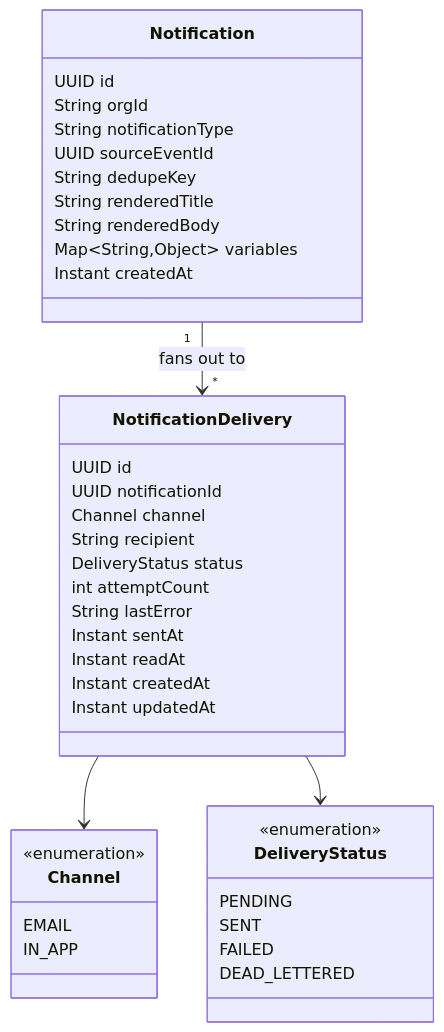
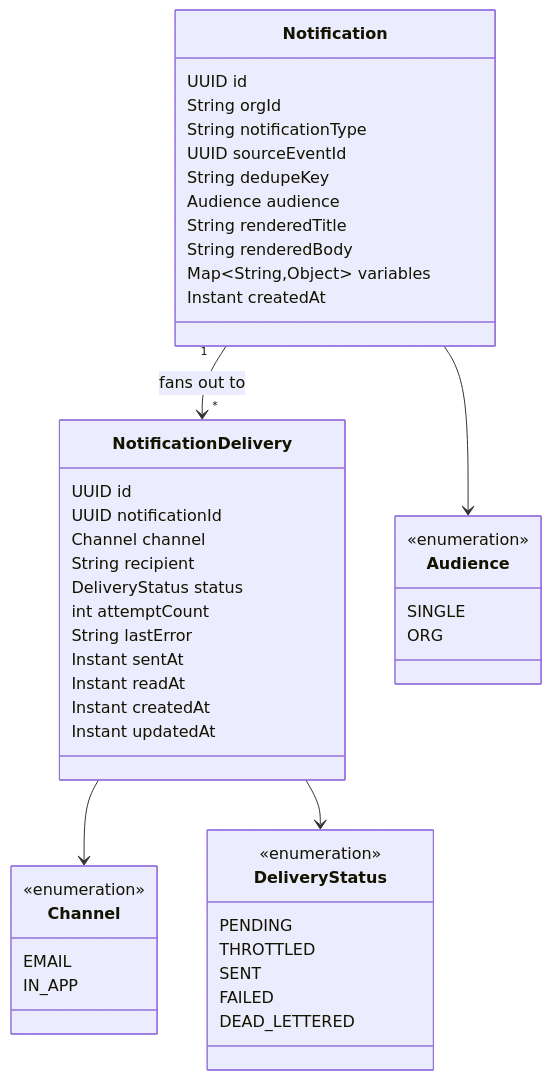
The second of 11 diagrams in docs/notification-service/ARCHITECTURE.md (Wamitinewton/Pallet.io), drawn with Mermaid before and after one commit. The commit also changed other lines of this file, not shown here.

Commit message:
feat: add audience field and org-wide broadcast support to notifications

````diff
--- a/docs/notification-service/ARCHITECTURE.md
+++ b/docs/notification-service/ARCHITECTURE.md
@@ -138,46 +147,55 @@
 ```mermaid
 classDiagram
     class Notification {
         UUID id
         String orgId
         String notificationType
         UUID sourceEventId
         String dedupeKey
+        Audience audience
         String renderedTitle
         String renderedBody
         Map~String,Object~ variables
         Instant createdAt
     }
 
     class NotificationDelivery {
         UUID id
         UUID notificationId
         Channel channel
         String recipient
         DeliveryStatus status
         int attemptCount
         String lastError
         Instant sentAt
         Instant readAt
         Instant createdAt
         Instant updatedAt
     }
 
+    class Audience {
+        <<enumeration>>
+        SINGLE
+        ORG
+    }
+
     class Channel {
         <<enumeration>>
         EMAIL
         IN_APP
     }
 
     class DeliveryStatus {
         <<enumeration>>
         PENDING
+        THROTTLED
         SENT
         FAILED
         DEAD_LETTERED
     }
 
     Notification "1" --> "*" NotificationDelivery : fans out to
+    Notification --> Audience
     NotificationDelivery --> Channel
     NotificationDelivery --> DeliveryStatus
 ```
````
